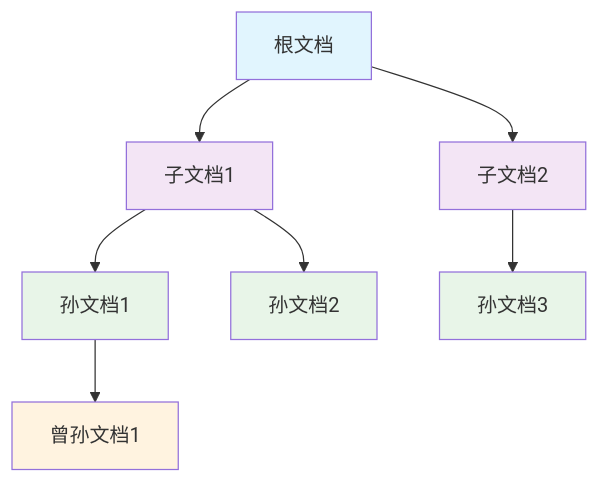
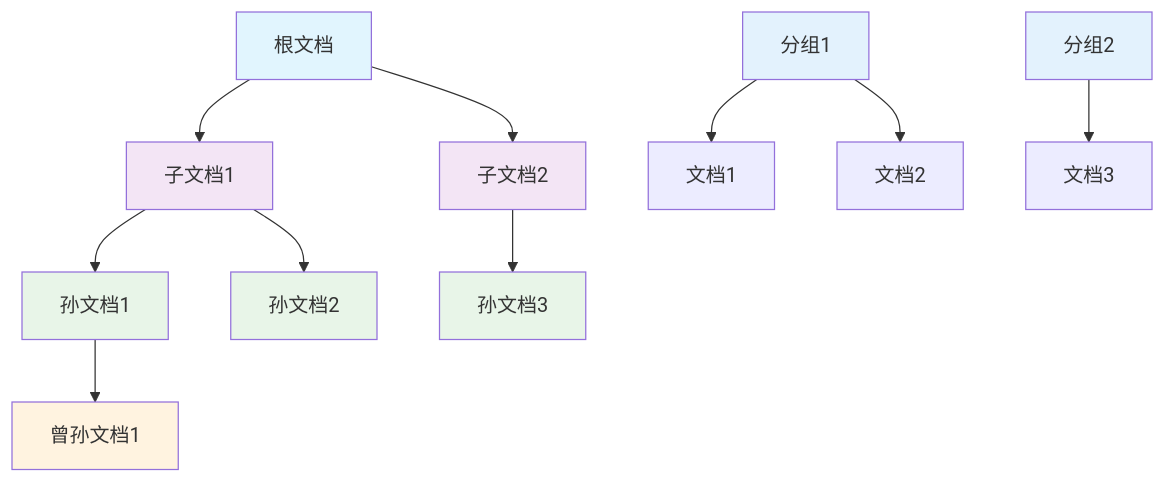
Diagram 11 of 18 in .qoder/repowiki/zh/content/架构设计/蓝图系统设计/文档蓝图 (Document Blueprint).md (beyondalbert/my_wiki), drawn with Mermaid before and after one commit. The commit also changed other lines of this file and 5 other files, not shown here.

````diff
--- a/.qoder/repowiki/zh/content/架构设计/蓝图系统设计/文档蓝图 (Document Blueprint).md
+++ b/.qoder/repowiki/zh/content/架构设计/蓝图系统设计/文档蓝图 (Document Blueprint).md
@@ -473,16 +555,21 @@
 ```mermaid
 graph TD
 A[根文档] --> B[子文档1]
 A --> C[子文档2]
 B --> D[孙文档1]
 B --> E[孙文档2]
 C --> F[孙文档3]
 D --> G[曾孙文档1]
+H[分组1] --> I[文档1]
+H --> J[文档2]
+K[分组2] --> L[文档3]
 style A fill:#e1f5fe
 style B fill:#f3e5f5
 style C fill:#f3e5f5
 style D fill:#e8f5e8
 style E fill:#e8f5e8
 style F fill:#e8f5e8
 style G fill:#fff3e0
+style H fill:#e3f2fd
+style K fill:#e3f2fd
 ```
````
